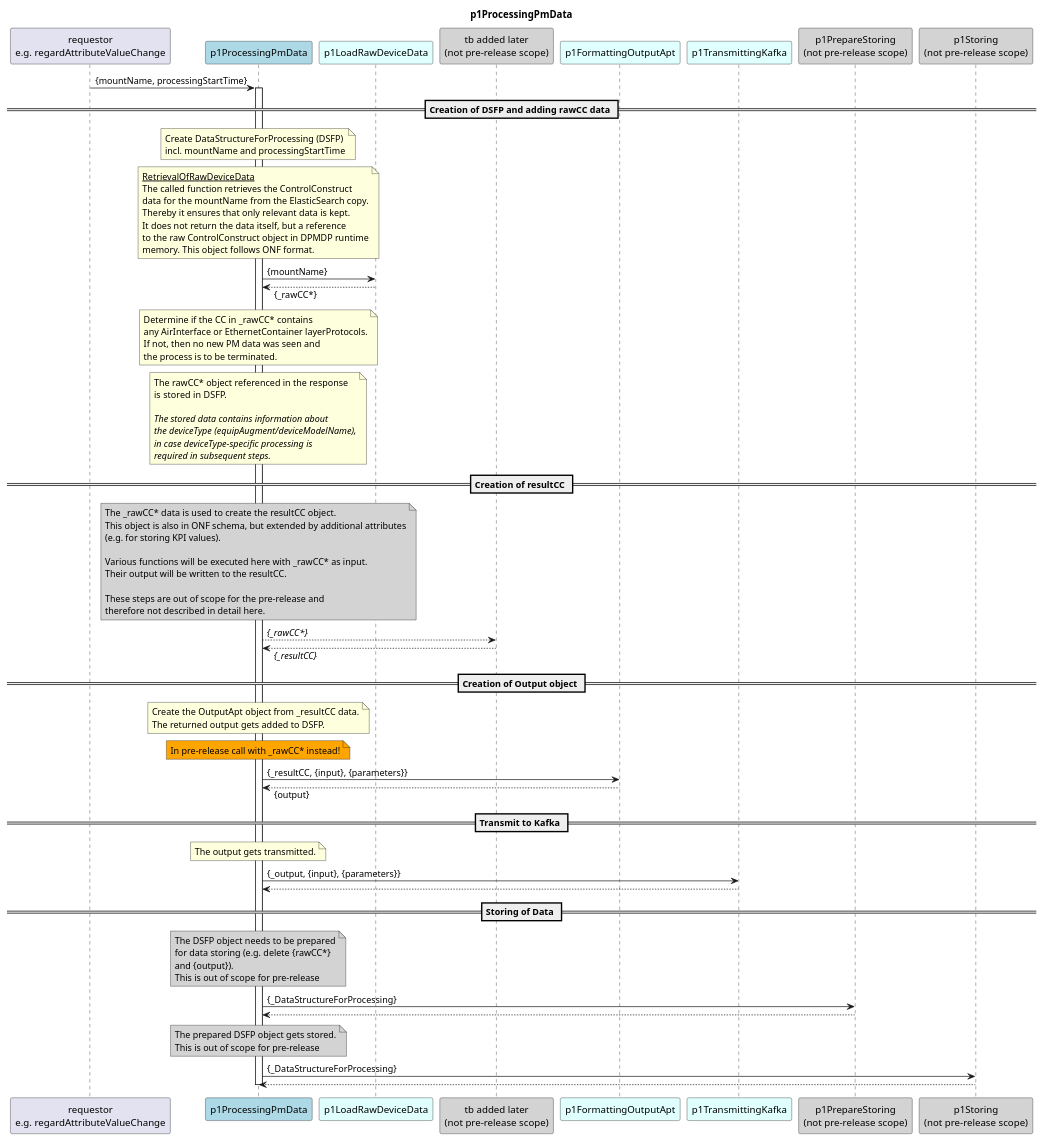
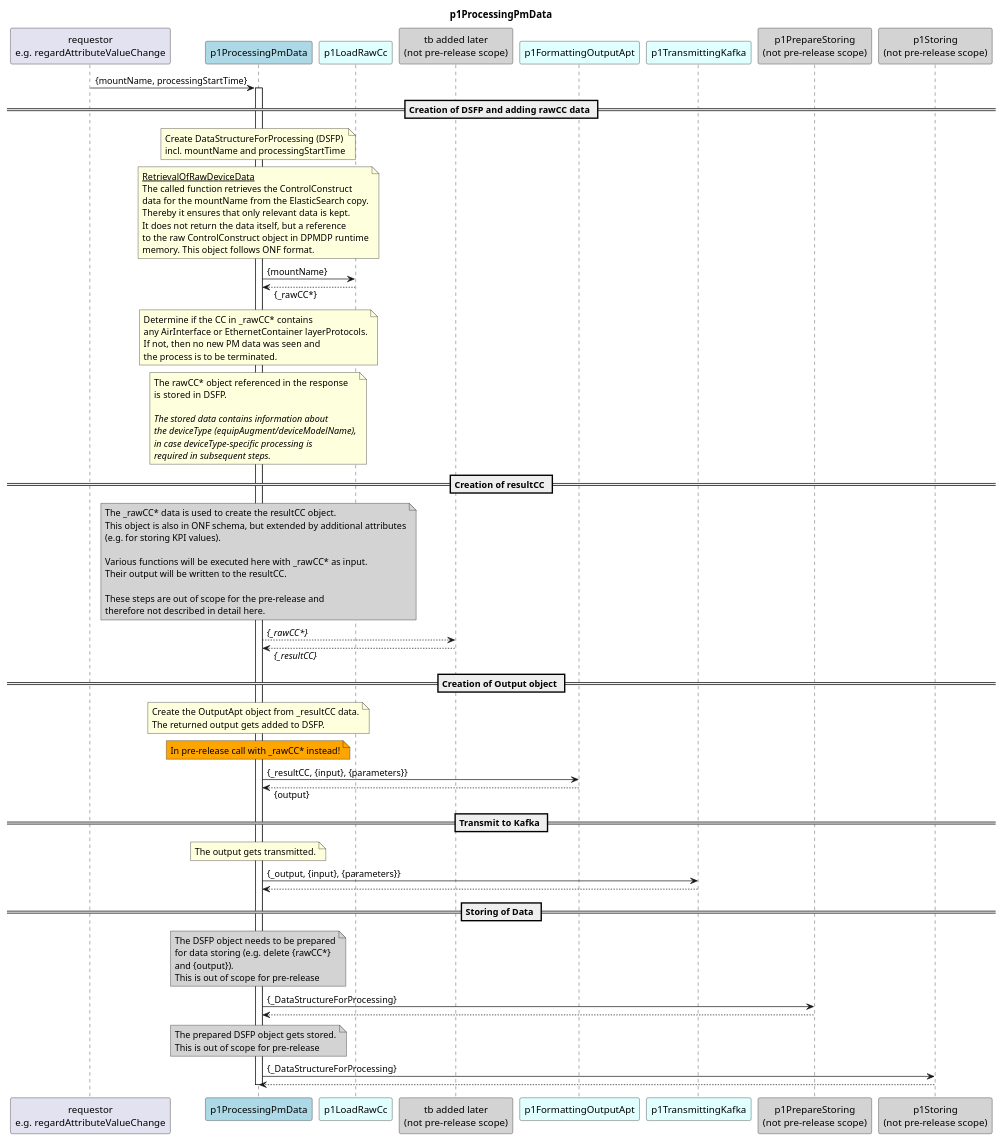
The diagram in spec/Functions/specificFunctions/p1ProcessingPmData/1.0.0/diagram.plantuml (openBackhaul/DevicePerformanceManagementDataProcessor), drawn with PlantUML before and after one commit. The commit also changed 12 other files, not shown here.

Commit message:
Rename p1LoadRawDeviceData to p1LoadRawCc

```diff
--- a/spec/Functions/specificFunctions/p1ProcessingPmData/1.0.0/diagram.plantuml
+++ b/spec/Functions/specificFunctions/p1ProcessingPmData/1.0.0/diagram.plantuml
@@ -1,117 +1,117 @@
 @startuml diagram
 skinparam responseMessageBelowArrow true
 
 title
   p1ProcessingPmData
 end title
 
 participant "requestor\ne.g. regardAttributeValueChange" as requestor
 participant "p1ProcessingPmData" as po #LightBlue
-participant "p1LoadRawDeviceData" as loadData #LightCyan
+participant "p1LoadRawCc" as loadData #LightCyan
 participant "tb added later\n(not pre-release scope)" as tbd #LightGray
 participant "p1FormattingOutputApt" as outputApt #LightCyan
 participant "p1TransmittingKafka" as p1Trans #LightCyan
 participant "p1PrepareStoring\n(not pre-release scope)" as p1PrepStore #LightGray
 participant "p1Storing\n(not pre-release scope)" as p1Store #LightGray
 
 
 requestor -> po : {mountName, processingStartTime}
 activate po
 
 == Creation of DSFP and adding rawCC data ==
 
 note over po
   Create DataStructureForProcessing (DSFP)
   incl. mountName and processingStartTime
 end note
 
 note over po
   <u>RetrievalOfRawDeviceData</u>
   The called function retrieves the ControlConstruct
   data for the mountName from the ElasticSearch copy.
   Thereby it ensures that only relevant data is kept.
   It does not return the data itself, but a reference
   to the raw ControlConstruct object in DPMDP runtime
   memory. This object follows ONF format.
 end note
 
 po -> loadData: {mountName}
 po <-- loadData: {_rawCC*}
 
 note over po
   Determine if the CC in _rawCC* contains
   any AirInterface or EthernetContainer layerProtocols.
   If not, then no new PM data was seen and
   the process is to be terminated.
 end note
 
 note over po
   The rawCC* object referenced in the response
   is stored in DSFP.
 
   <i>The stored data contains information about </i>
   <i>the deviceType (equipAugment/deviceModelName),</i>
   <i>in case deviceType-specific processing is</i>
   <i>required in subsequent steps.</i>
 end note
 
 == Creation of resultCC ==
 
 note over po #LightGray
   The _rawCC* data is used to create the resultCC object.
   This object is also in ONF schema, but extended by additional attributes
   (e.g. for storing KPI values).
   
   Various functions will be executed here with _rawCC* as input.
   Their output will be written to the resultCC.
   
   These steps are out of scope for the pre-release and
   therefore not described in detail here.
 end note
 
 po --> tbd: <i>{_rawCC*}</i>
 po <-- tbd: <i>{_resultCC}</i>
 
 == Creation of Output object ==
 
 note over po
   Create the OutputApt object from _resultCC data.
   The returned output gets added to DSFP.
 end note
 note over po #Orange
   In pre-release call with _rawCC* instead!
 end note
 
 po -> outputApt: {_resultCC, {input}, {parameters}}
 po <-- outputApt: {output}
 
 == Transmit to Kafka ==
 
 note over po
   The output gets transmitted.
 end note
 
 po -> p1Trans: {_output, {input}, {parameters}}
 po <-- p1Trans
 
 == Storing of Data ==
 
 note over po #LightGray
   The DSFP object needs to be prepared
   for data storing (e.g. delete {rawCC*}
   and {output}).
   This is out of scope for pre-release
 end note
 po -> p1PrepStore: {_DataStructureForProcessing}
 po <-- p1PrepStore
 
 note over po #LightGray
   The prepared DSFP object gets stored.
   This is out of scope for pre-release
 end note
 po -> p1Store: {_DataStructureForProcessing}
 po <-- p1Store
 
 deactivate po
 
 @enduml
```
